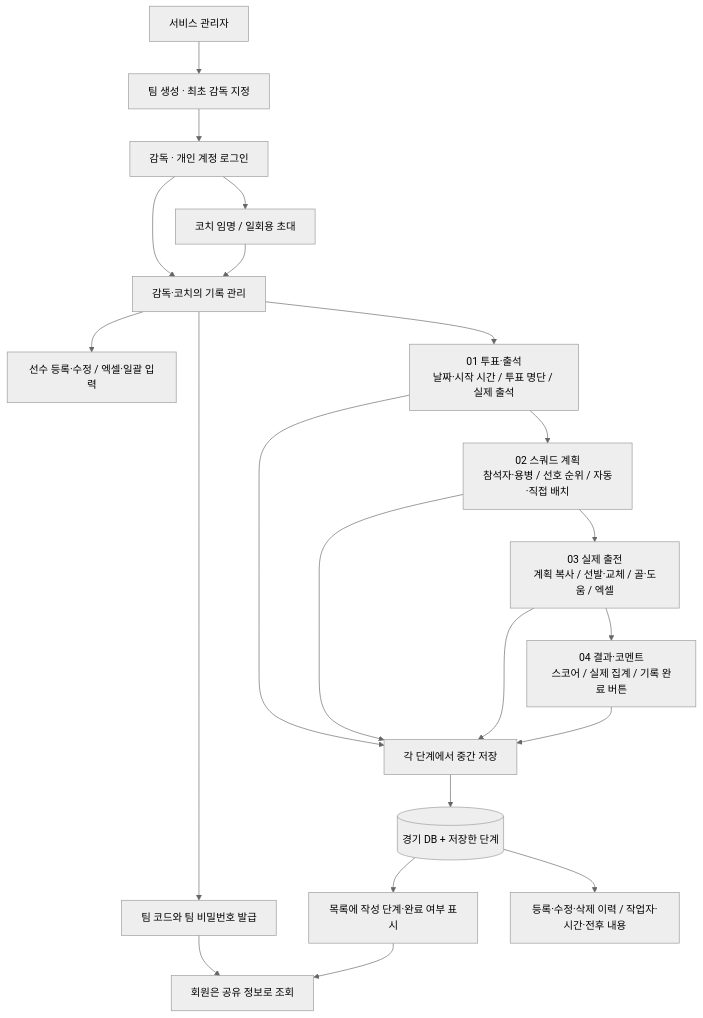
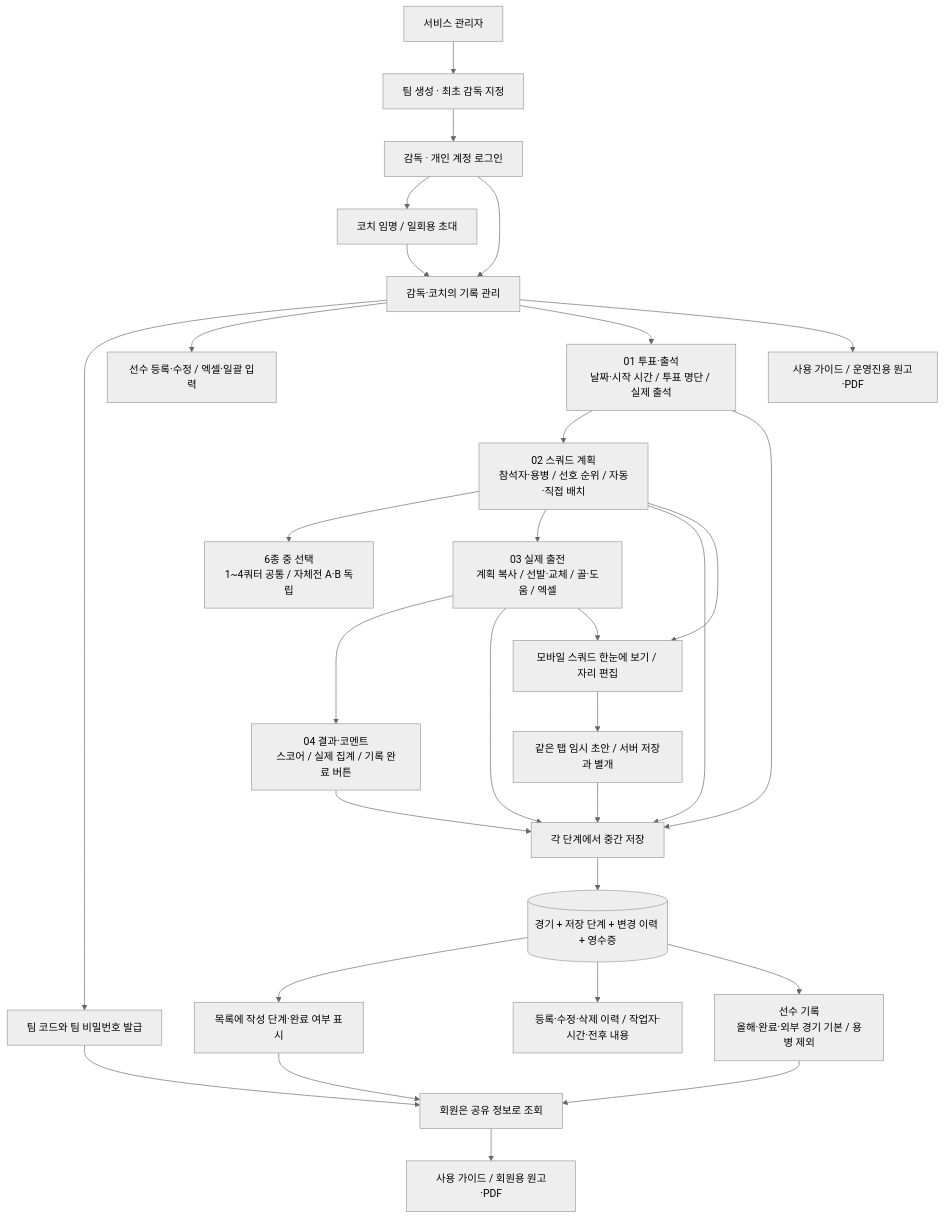
The second of 4 diagrams in docs/system-overview.md (ksmlucky/jochook-on), drawn with Mermaid (neutral theme) before and after one commit. The commit also changed other lines of this file and 24 other files, not shown here.

Commit message:
docs: confirm October feature release and update guides and diagrams [skip ci]

````diff
--- a/docs/system-overview.md
+++ b/docs/system-overview.md
@@ -59,23 +72,32 @@
 ```mermaid
 flowchart TD
     SA[서비스 관리자] --> T[팀 생성 · 최초 감독 지정]
     T --> DR[감독 · 개인 계정 로그인]
     DR --> CO[코치 임명 / 일회용 초대]
     DR --> OP[감독·코치의 기록 관리]
     CO --> OP
     OP --> CODE[팀 코드와 팀 비밀번호 발급]
     CODE --> MEMBER[회원은 공유 정보로 조회]
     OP --> P[선수 등록·수정 / 엑셀·일괄 입력]
     OP --> S1["01 투표·출석<br/>날짜·시작 시간 / 투표 명단 / 실제 출석"]
     S1 --> S2["02 스쿼드 계획<br/>참석자·용병 / 선호 순위 / 자동·직접 배치"]
+    S2 --> FORM["6종 중 선택<br/>1~4쿼터 공통 / 자체전 A·B 독립"]
     S2 --> S3["03 실제 출전<br/>계획 복사 / 선발·교체 / 골·도움 / 엑셀"]
     S3 --> S4["04 결과·코멘트<br/>스코어 / 실제 집계 / 기록 완료 버튼"]
     S1 --> SAVE[각 단계에서 중간 저장]
     S2 --> SAVE
     S3 --> SAVE
     S4 --> SAVE
-    SAVE --> DB[(경기 DB + 저장한 단계)]
+    S2 --> BOARD[모바일 스쿼드 한눈에 보기 / 자리 편집]
+    S3 --> BOARD
+    BOARD --> DRAFT[같은 탭 임시 초안 / 서버 저장과 별개]
+    DRAFT --> SAVE
+    SAVE --> DB[(경기 + 저장 단계 + 변경 이력 + 영수증)]
     DB --> LIST[목록에 작성 단계·완료 여부 표시]
     DB --> HISTORY[등록·수정·삭제 이력 / 작업자·시간·전후 내용]
+    DB --> STATS["선수 기록<br/>올해·완료·외부 경기 기본 / 용병 제외"]
     LIST --> MEMBER
+    STATS --> MEMBER
+    MEMBER --> GUIDE[사용 가이드 / 회원용 원고·PDF]
+    OP --> STAFFGUIDE[사용 가이드 / 운영진용 원고·PDF]
 ```
````
